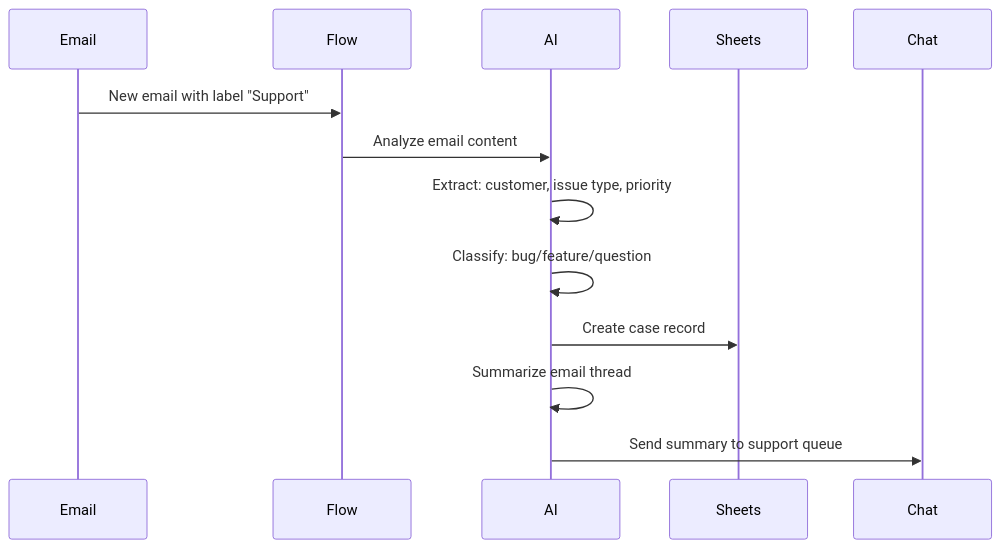
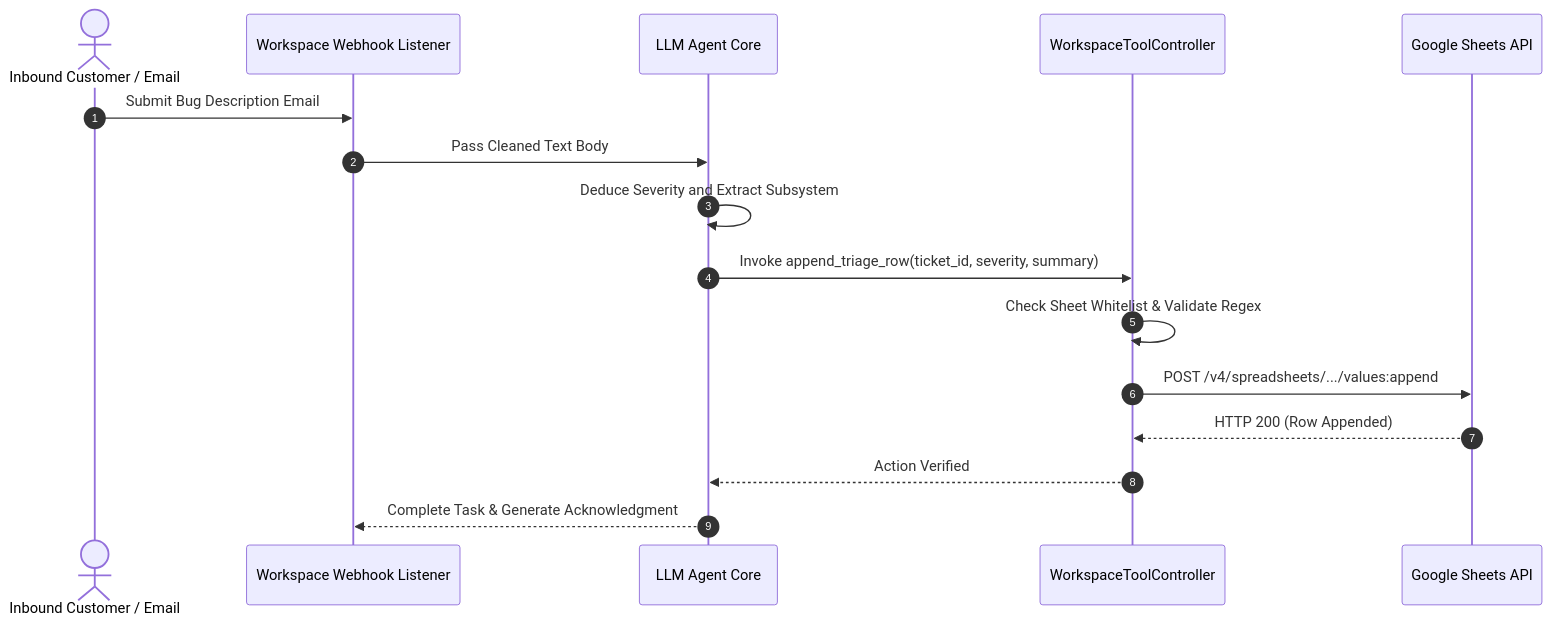
One commit to akillness/akillness.github.io changed the second of 2 diagrams in _posts/2025/11/2025-11-16-google-workspace-flows-agentic-ai-automation-guide.md. Above: the diagram before and after it, drawn with Mermaid. The commit also changed other lines of this file and 1 other file, not shown here.

Commit message:
archive(dev): rebuild google-workspace-flows from 2025-11 note

````diff
--- a/_posts/2025/11/2025-11-16-google-workspace-flows-agentic-ai-automation-guide.md
+++ b/_posts/2025/11/2025-11-16-google-workspace-flows-agentic-ai-automation-guide.md
@@ -233,16 +106,19 @@
 ```mermaid
 sequenceDiagram
-    participant Email
-    participant Flow
-    participant AI
-    participant Sheets
-    participant Chat
+    autonumber
+    actor User as Inbound Customer / Email
+    participant Hub as Workspace Webhook Listener
+    participant Agent as LLM Agent Core
+    participant Controller as WorkspaceToolController
+    participant Sheets as Google Sheets API
 
-    Email->>Flow: New email with label "Support"
-    Flow->>AI: Analyze email content
-    AI->>AI: Extract: customer, issue type, priority
-    AI->>AI: Classify: bug/feature/question
-    AI->>Sheets: Create case record
-    AI->>AI: Summarize email thread
-    AI->>Chat: Send summary to support queue
+    User->>Hub: Submit Bug Description Email
+    Hub->>Agent: Pass Cleaned Text Body
+    Agent->>Agent: Deduce Severity and Extract Subsystem
+    Agent->>Controller: Invoke append_triage_row(ticket_id, severity, summary)
+    Controller->>Controller: Check Sheet Whitelist & Validate Regex
+    Controller->>Sheets: POST /v4/spreadsheets/.../values:append
+    Sheets-->>Controller: HTTP 200 (Row Appended)
+    Controller-->>Agent: Action Verified
+    Agent-->>Hub: Complete Task & Generate Acknowledgment
 ```
````
